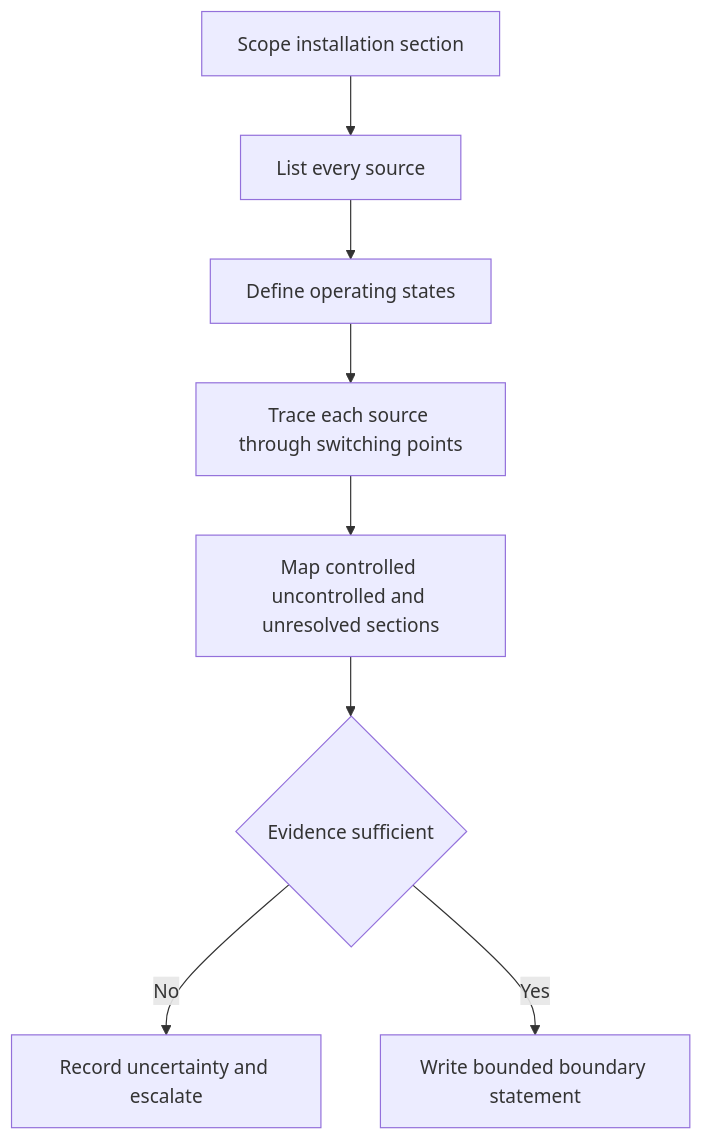
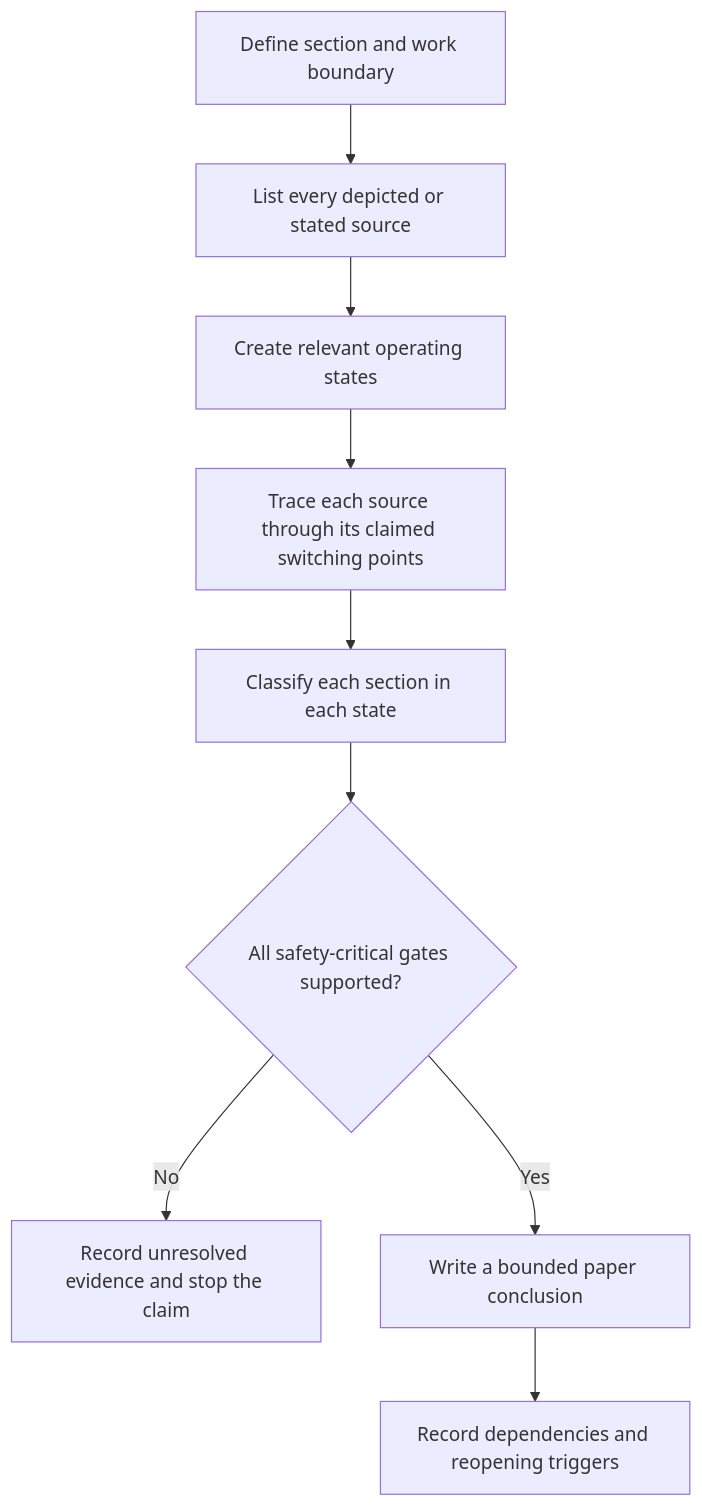
One commit to andrew3stedall/capstone changed the first of 2 diagrams in docs/learning-plans/6-week/modules/day-23-main-switches-alternate-supplies-and-isolation-boundaries.md. Above: the diagram before and after it, drawn with Mermaid. The commit also changed other lines of this file and 4 other files, not shown here.

Commit message:
Improve Day 23 source and isolation-boundary reasoning

````diff
--- a/docs/learning-plans/6-week/modules/day-23-main-switches-alternate-supplies-and-isolation-boundaries.md
+++ b/docs/learning-plans/6-week/modules/day-23-main-switches-alternate-supplies-and-isolation-boundaries.md
@@ -53,10 +97,11 @@
 ```mermaid
 flowchart TD
-    A[Scope installation section] --> B[List every source]
-    B --> C[Define operating states]
-    C --> D[Trace each source through switching points]
-    D --> E[Map controlled uncontrolled and unresolved sections]
-    E --> F{Evidence sufficient}
-    F -->|No| G[Record uncertainty and escalate]
-    F -->|Yes| H[Write bounded boundary statement]
+    A[Define section and work boundary] --> B[List every depicted or stated source]
+    B --> C[Create relevant operating states]
+    C --> D[Trace each source through its claimed switching points]
+    D --> E[Classify each section in each state]
+    E --> F{All safety-critical gates supported?}
+    F -->|No| G[Record unresolved evidence and stop the claim]
+    F -->|Yes| H[Write a bounded paper conclusion]
+    H --> I[Record dependencies and reopening triggers]
 ```
````
